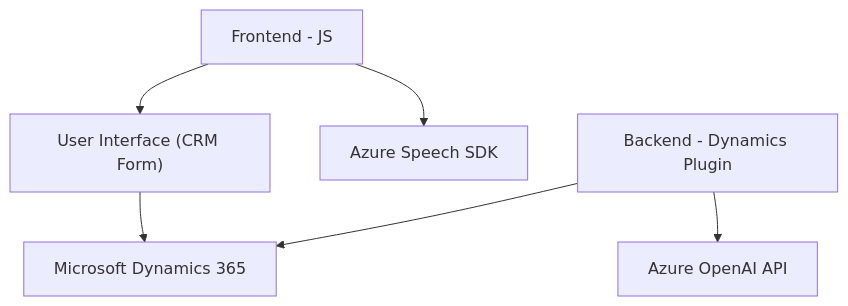
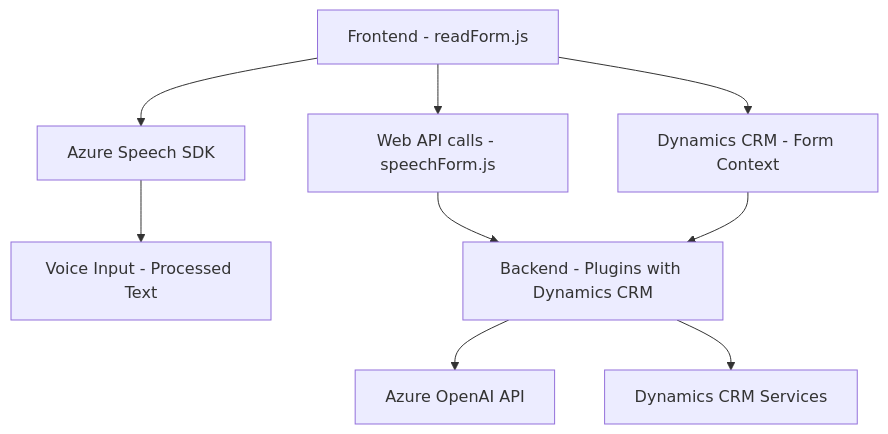
The diagram in README.md (blopezdm/NETCORE_BILBAO2025), drawn with Mermaid before and after one commit. The commit also changed other lines of this file, not shown here.

````diff
--- a/README.md
+++ b/README.md
@@ -45,15 +53,11 @@
 ```mermaid
 graph TD
-    A["Frontend - JS"]
-    B["Backend - Dynamics Plugin"]
-    C["Azure Speech SDK"]
-    D["Azure OpenAI API"]
-    E["Microsoft Dynamics 365"]
-    F["User Interface (CRM Form)"]
-
-    A --> F
-    F --> E
-    A --> C
-    B --> E
-    B --> D
+    A["Frontend - readForm.js"] --> B["Azure Speech SDK"]
+    A --> C["Web API calls - speechForm.js"]
+    A --> D["Dynamics CRM - Form Context"]
+    B --> E["Voice Input - Processed Text"]
+    C --> F["Backend - Plugins with Dynamics CRM"]
+    D --> F
+    F --> G["Azure OpenAI API"]
+    F --> H["Dynamics CRM Services"]
 ```
````
